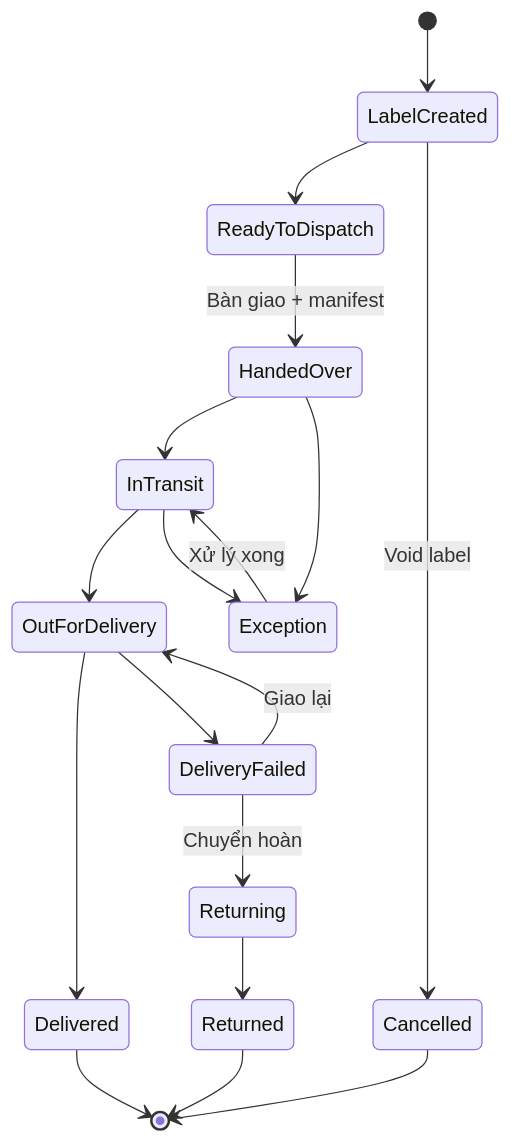
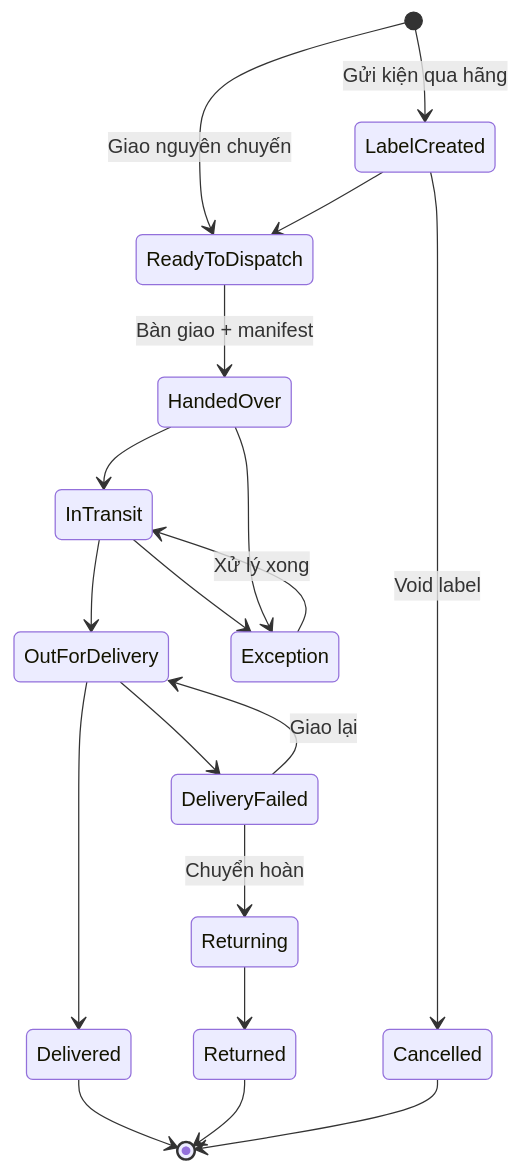
The first of 2 diagrams in docs/warehouse/09-shipping/README.md (KLTN-FA26/docs), drawn with Mermaid before and after one commit. The commit also changed other lines of this file and 8 other files, not shown here.

````diff
--- a/docs/warehouse/09-shipping/README.md
+++ b/docs/warehouse/09-shipping/README.md
@@ -86,20 +156,21 @@
 ```mermaid
 stateDiagram-v2
-    [*] --> LabelCreated
+    [*] --> LabelCreated: Gửi kiện qua hãng
+    [*] --> ReadyToDispatch: Giao nguyên chuyến
     LabelCreated --> ReadyToDispatch
     LabelCreated --> Cancelled: Void label
     ReadyToDispatch --> HandedOver: Bàn giao + manifest
     HandedOver --> InTransit
     InTransit --> OutForDelivery
     OutForDelivery --> Delivered
     OutForDelivery --> DeliveryFailed
     DeliveryFailed --> OutForDelivery: Giao lại
     DeliveryFailed --> Returning: Chuyển hoàn
     Returning --> Returned
     InTransit --> Exception
     HandedOver --> Exception
     Exception --> InTransit: Xử lý xong
     Delivered --> [*]
     Returned --> [*]
     Cancelled --> [*]
 ```
````
